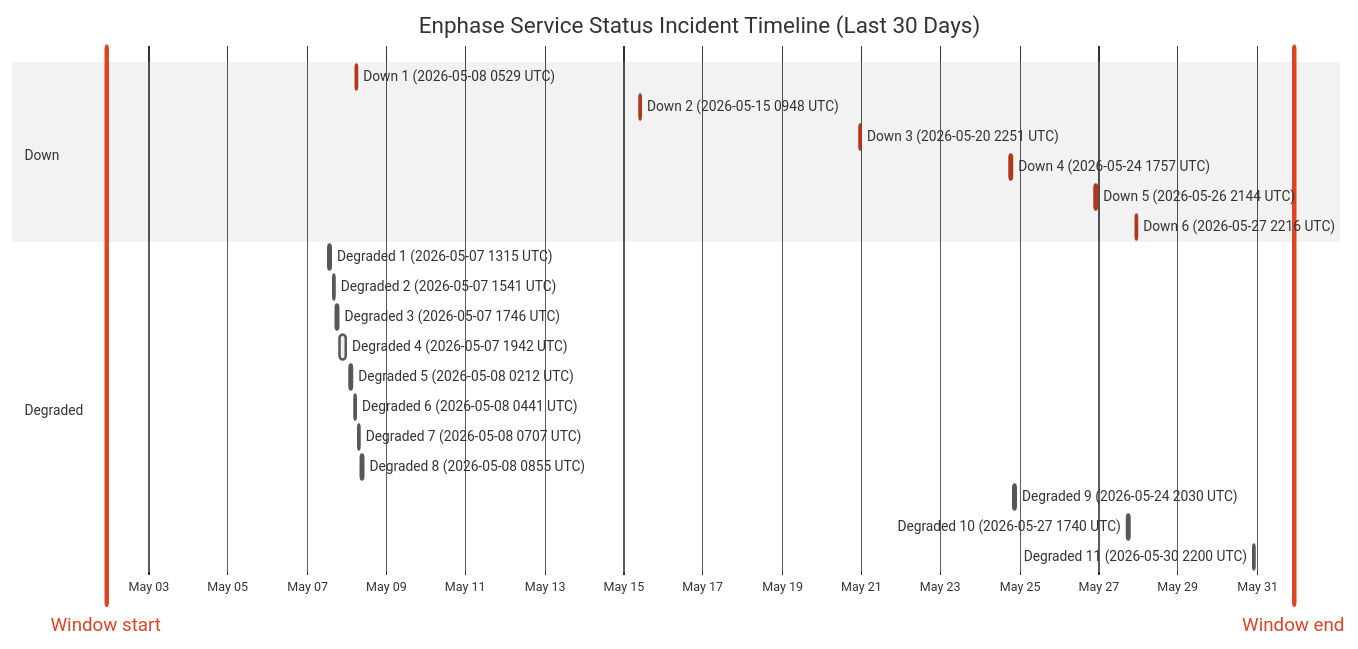
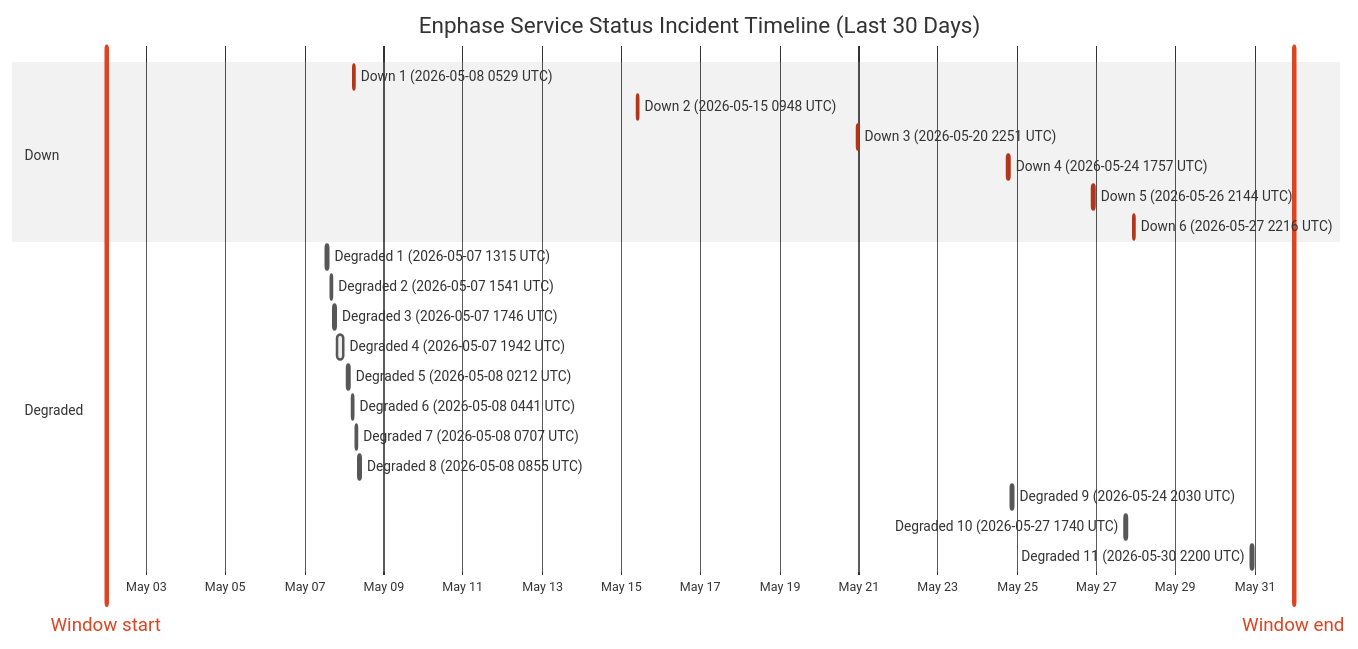
The diagram in wiki/Service-Status-History.md (barneyonline/ha-enphase-ev-charger), drawn with Mermaid (neutral theme) before and after one commit. The commit also changed other lines of this file and 3 other files, not shown here.

````diff
--- a/wiki/Service-Status-History.md
+++ b/wiki/Service-Status-History.md
@@ -14,27 +14,27 @@
 ```mermaid
 gantt
     title Enphase Service Status Incident Timeline (Last 30 Days)
     dateFormat  YYYY-MM-DDTHH:mm:ss
     axisFormat  %b %d
-    Window start :vert, window-start, 2026-05-01T22:07:58, 0ms
-    Window end :vert, window-end, 2026-05-31T22:07:58, 0ms
+    Window start :vert, window-start, 2026-05-01T23:37:16, 0ms
+    Window end :vert, window-end, 2026-05-31T23:37:16, 0ms
     section Down
     Down 1 (2026-05-08 0529 UTC) :crit, down-1, 2026-05-08T05:29:47, 60m
     Down 2 (2026-05-15 0948 UTC) :crit, down-2, 2026-05-15T09:48:18, 60m
     Down 3 (2026-05-20 2251 UTC) :crit, down-3, 2026-05-20T22:51:14, 75m
     Down 4 (2026-05-24 1757 UTC) :crit, down-4, 2026-05-24T17:57:41, 86m
     Down 5 (2026-05-26 2144 UTC) :crit, down-5, 2026-05-26T21:44:11, 85m
     Down 6 (2026-05-27 2216 UTC) :crit, down-6, 2026-05-27T22:16:53, 87m
     section Degraded
     Degraded 1 (2026-05-07 1315 UTC) :active, degraded-1, 2026-05-07T13:15:25, 60m
     Degraded 2 (2026-05-07 1541 UTC) :active, degraded-2, 2026-05-07T15:41:58, 60m
     Degraded 3 (2026-05-07 1746 UTC) :active, degraded-3, 2026-05-07T17:46:51, 60m
     Degraded 4 (2026-05-07 1942 UTC) :active, degraded-4, 2026-05-07T19:42:10, 249m
     Degraded 5 (2026-05-08 0212 UTC) :active, degraded-5, 2026-05-08T02:12:39, 60m
     Degraded 6 (2026-05-08 0441 UTC) :active, degraded-6, 2026-05-08T04:41:46, 60m
     Degraded 7 (2026-05-08 0707 UTC) :active, degraded-7, 2026-05-08T07:07:30, 60m
     Degraded 8 (2026-05-08 0855 UTC) :active, degraded-8, 2026-05-08T08:55:20, 88m
     Degraded 9 (2026-05-24 2030 UTC) :active, degraded-9, 2026-05-24T20:30:57, 84m
     Degraded 10 (2026-05-27 1740 UTC) :active, degraded-10, 2026-05-27T17:40:52, 60m
     Degraded 11 (2026-05-30 2200 UTC) :active, degraded-11, 2026-05-30T22:00:37, 60m
 ```
````
